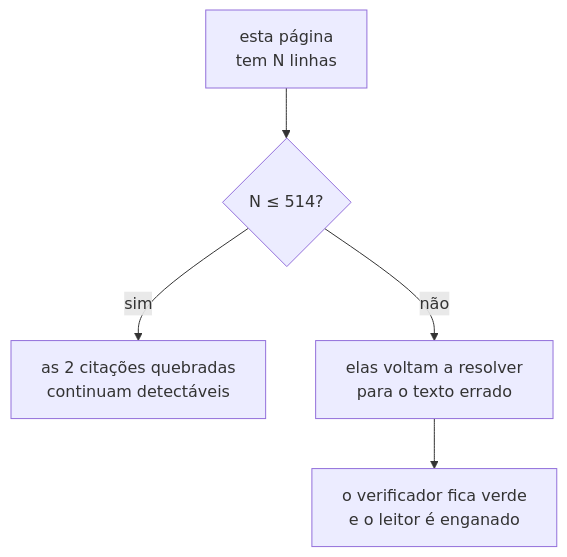
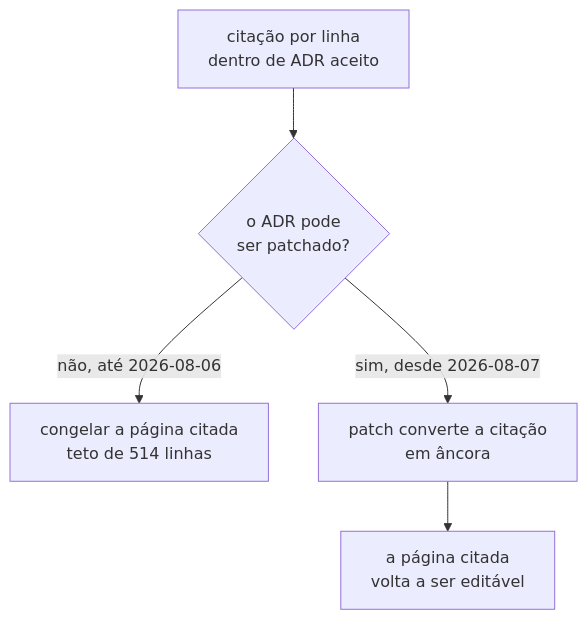
The second of 4 diagrams in docs/adr/README.md (da0hn/distributed-systems-experiment-lab), drawn with Mermaid before and after one commit. The commit also changed other lines of this file and 58 other files, not shown here.

````diff
--- a/docs/adr/README.md
+++ b/docs/adr/README.md
@@ -362,7 +373,7 @@
 ```mermaid
 flowchart TD
-    A["esta página<br/>tem N linhas"] --> B{"N ≤ 514?"}
-    B -->|" sim "| C["as 2 citações quebradas<br/>continuam detectáveis"]
-    B -->|" não "| D["elas voltam a resolver<br/>para o texto errado"]
-    D --> E["o verificador fica verde<br/>e o leitor é enganado"]
+    A["citação por linha<br/>dentro de ADR aceito"] --> B{"o ADR pode<br/>ser patchado?"}
+    B -->|" não, até 2026-08-06 "| C["congelar a página citada<br/>teto de 514 linhas"]
+    B -->|" sim, desde 2026-08-07 "| D["patch converte a citação<br/>em âncora"]
+    D --> E["a página citada<br/>volta a ser editável"]
 ```
````
